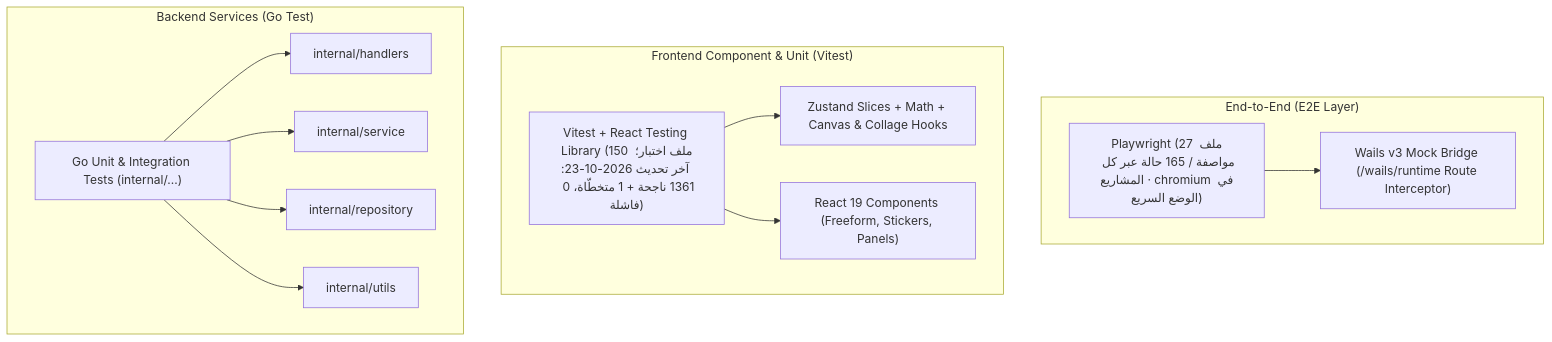
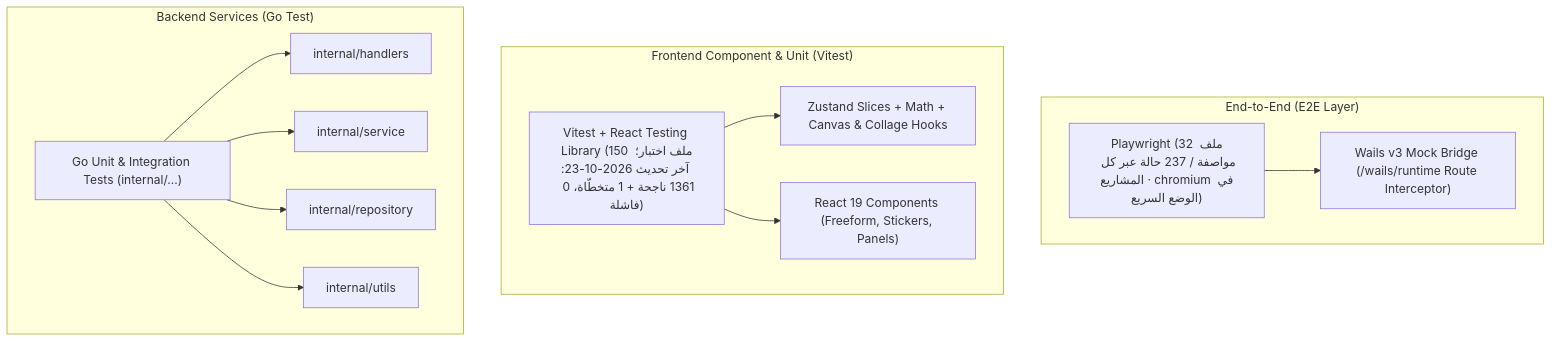
The diagram in docs/testing_guide.md (wisam79/grido), drawn with Mermaid before and after one commit. The commit also changed 2 other files, not shown here.

Commit message:
test(e2e): wait for Radix Select scroll lock release in text-measure spec

````diff
--- a/docs/testing_guide.md
+++ b/docs/testing_guide.md
@@ -11,28 +11,28 @@
 ```mermaid
 flowchart TD
     subgraph E2E ["End-to-End (E2E Layer)"]
-        PW["Playwright (27 ملف مواصفة / 165 حالة عبر كل المشاريع · chromium في الوضع السريع)"]
+        PW["Playwright (32 ملف مواصفة / 237 حالة عبر كل المشاريع · chromium في الوضع السريع)"]
         Bridge["Wails v3 Mock Bridge (/wails/runtime Route Interceptor)"]
         PW --> Bridge
     end
 
     subgraph FE ["Frontend Component & Unit (Vitest)"]
         VTests["Vitest + React Testing Library (150 ملف اختبار؛ آخر تحديث 2026-10-23: 1361 ناجحة + 1 متخطّاة، 0 فاشلة)"]
         Zustand["Zustand Slices + Math + Canvas & Collage Hooks"]
         Comps["React 19 Components (Freeform, Stickers, Panels)"]
         VTests --> Zustand
         VTests --> Comps
     end
 
     subgraph BE ["Backend Services (Go Test)"]
         GoTests["Go Unit & Integration Tests (internal/...)"]
         Handlers["internal/handlers"]
         Services["internal/service"]
         Repo["internal/repository"]
         Utils["internal/utils"]
         GoTests --> Handlers
         GoTests --> Services
         GoTests --> Repo
         GoTests --> Utils
     end
 ```
````
